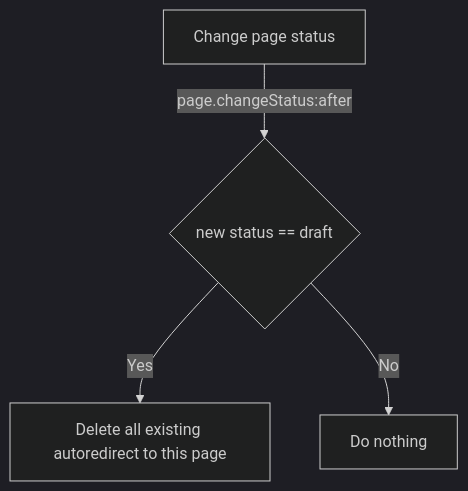
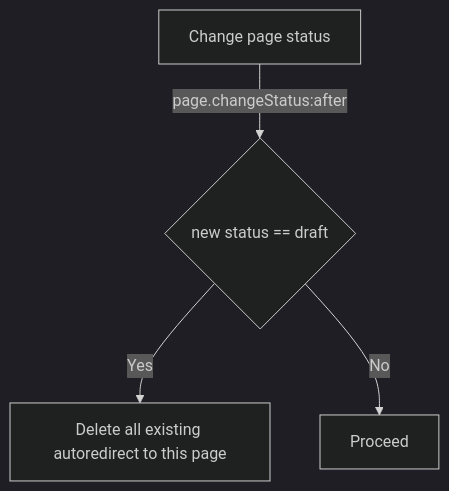
One commit to bvdputte/kirby-redirects changed the third of 5 diagrams in readme.md. Above: the diagram before and after it, drawn with Mermaid (dark theme). The commit also changed other lines of this file, not shown here.

````diff
--- a/readme.md
+++ b/readme.md
@@ -98,7 +98,7 @@
 ```mermaid
 graph TD
     A[Change page status] -->|page.changeStatus:after| B
     B{new status == draft}
     B --> |Yes| C[Delete all existing autoredirect to this page]
-    B --> |No| D[Do nothing]
+    B --> |No| D[Proceed]
 ```
````
